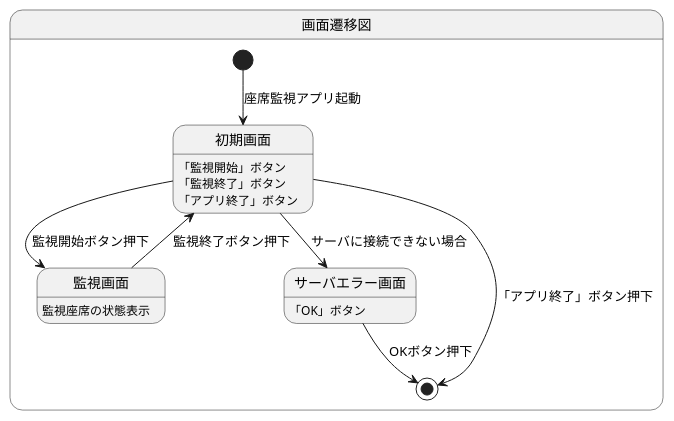
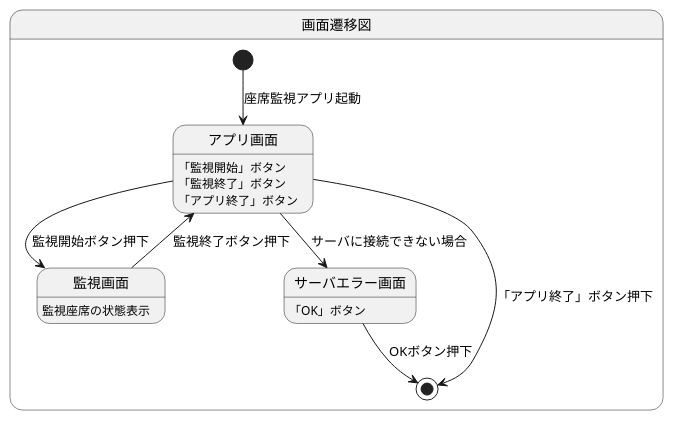
The diagram in doc/基本設計/機能仕様書/構成図/画面遷移図.pu (KeisukeSugita/Seat-monitoring-system), drawn with PlantUML before and after one commit.

Commit message:
初期画面をアプリ画面に変更

```diff
--- a/doc/基本設計/機能仕様書/構成図/画面遷移図.pu
+++ b/doc/基本設計/機能仕様書/構成図/画面遷移図.pu
@@ -1,19 +1,19 @@
 @startuml 画面遷移図
 
 state 画面遷移図 {
-	[*] --> 初期画面 :座席監視アプリ起動
-	初期画面 --> 監視画面 :監視開始ボタン押下
-	初期画面 --> サーバエラー画面 :サーバに接続できない場合
-	初期画面 --> [*] :「アプリ終了」ボタン押下
-	初期画面 : 「監視開始」ボタン
-	初期画面 : 「監視終了」ボタン
-	初期画面 : 「アプリ終了」ボタン
+	[*] --> アプリ画面 :座席監視アプリ起動
+	アプリ画面 --> 監視画面 :監視開始ボタン押下
+	アプリ画面 --> サーバエラー画面 :サーバに接続できない場合
+	アプリ画面 --> [*] :「アプリ終了」ボタン押下
+	アプリ画面 : 「監視開始」ボタン
+	アプリ画面 : 「監視終了」ボタン
+	アプリ画面 : 「アプリ終了」ボタン
 
-	監視画面 --> 初期画面 :監視終了ボタン押下
+	監視画面 --> アプリ画面 :監視終了ボタン押下
 	監視画面 : 監視座席の状態表示
 
 	サーバエラー画面 --> [*] :OKボタン押下
 	サーバエラー画面 : 「OK」ボタン
 }
 
 @enduml
```
